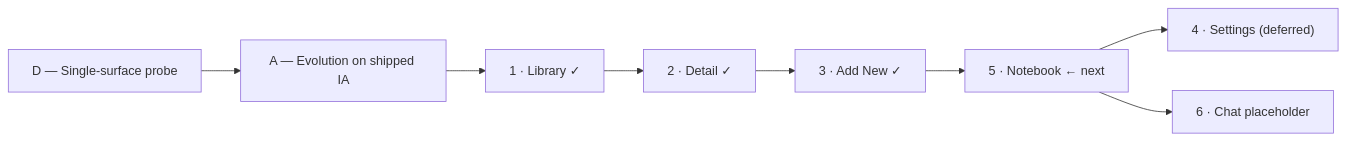
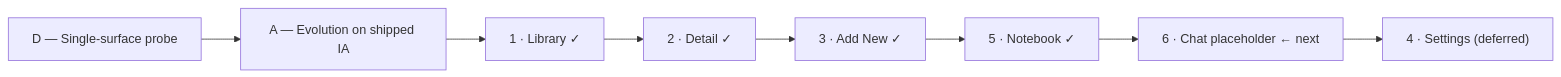
One commit to Danjohnsonnj/phathom changed the diagram in docs/handoff/library-ui-evolution.md. Above: the diagram before and after it, drawn with Mermaid. The commit also changed other lines of this file and 7 other files, not shown here.

````diff
--- a/docs/handoff/library-ui-evolution.md
+++ b/docs/handoff/library-ui-evolution.md
@@ -52,10 +53,10 @@
 ```mermaid
 flowchart LR
     D["D — Single-surface probe"] --> A["A — Evolution on shipped IA"]
     A --> Lib["1 · Library ✓"]
     Lib --> Det["2 · Detail ✓"]
     Det --> Add["3 · Add New ✓"]
-    Add --> NB["5 · Notebook ← next"]
-    NB --> Set["4 · Settings (deferred)"]
-    NB --> Chat["6 · Chat placeholder"]
+    Add --> NB["5 · Notebook ✓"]
+    NB --> Chat["6 · Chat placeholder ← next"]
+    Chat --> Set["4 · Settings (deferred)"]
 ```
````
